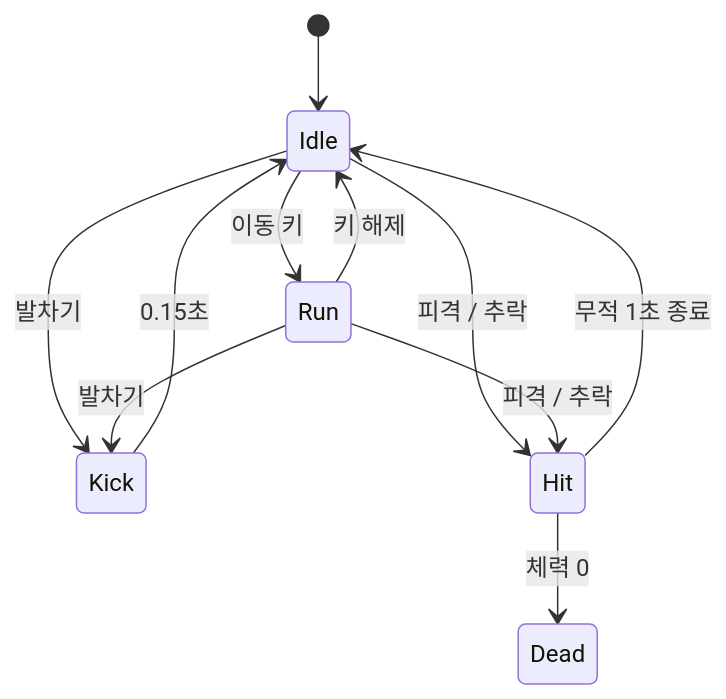
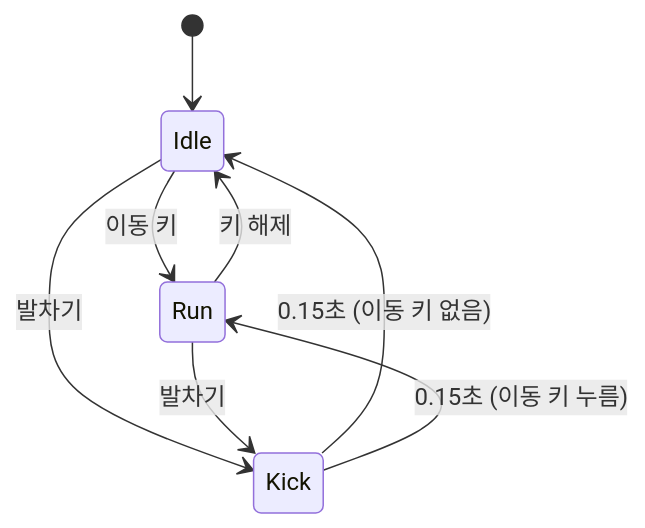
The second of 5 diagrams in PRD.md (semin1228/Last6Bullet), drawn with Mermaid before and after one commit. The commit also changed other lines of this file, not shown here.

````diff
--- a/PRD.md
+++ b/PRD.md
@@ -288,13 +290,10 @@
 ```mermaid
 stateDiagram-v2
     [*] --> Idle
     Idle --> Run: 이동 키
     Run --> Idle: 키 해제
     Idle --> Kick: 발차기
     Run --> Kick: 발차기
-    Kick --> Idle: 0.15초
-    Idle --> Hit: 피격 / 추락
-    Run --> Hit: 피격 / 추락
-    Hit --> Idle: 무적 1초 종료
-    Hit --> Dead: 체력 0
+    Kick --> Idle: 0.15초 (이동 키 없음)
+    Kick --> Run: 0.15초 (이동 키 누름)
 ```
````
